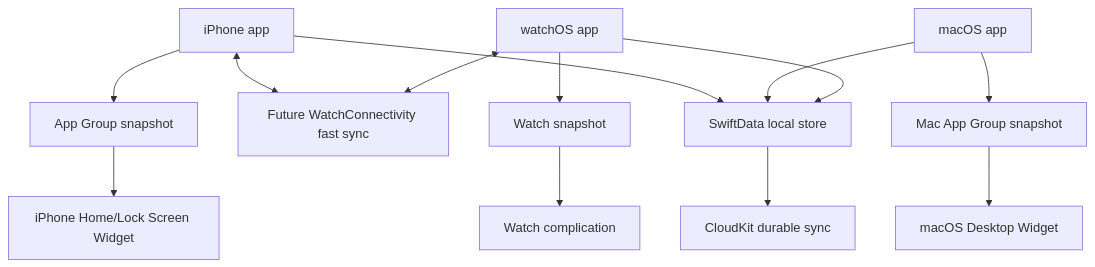
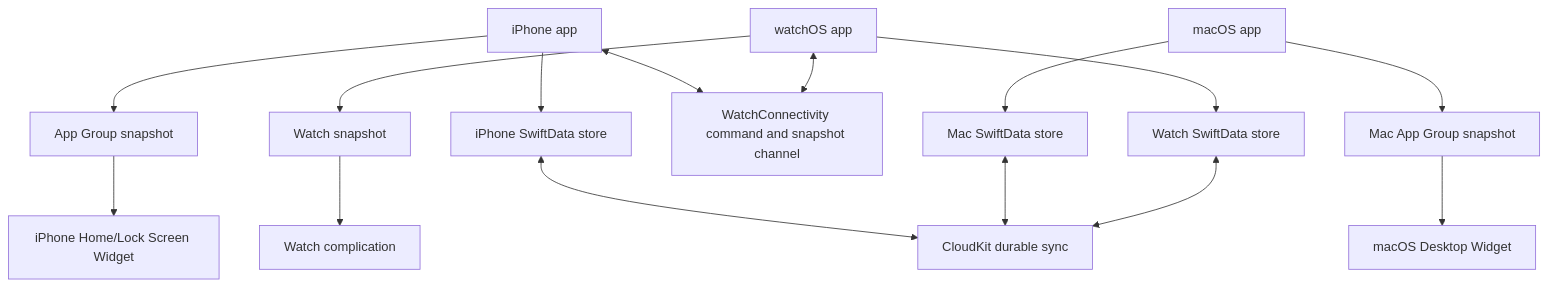
The diagram in docs/ARCHITECTURE.md (kangkshao-beep/HUST_WorkingTime), drawn with Mermaid before and after one commit. The commit also changed other lines of this file and 9 other files, not shown here.

````diff
--- a/docs/ARCHITECTURE.md
+++ b/docs/ARCHITECTURE.md
@@ -5,15 +5,17 @@
 ```mermaid
 flowchart TD
-    A[iPhone app] --> B[SwiftData local store]
-    C[macOS app] --> B
-    D[watchOS app] --> B
-    B --> E[CloudKit durable sync]
-    A <--> F[Future WatchConnectivity fast sync]
+    A[iPhone app] --> B[iPhone SwiftData store]
+    C[macOS app] --> M[Mac SwiftData store]
+    D[watchOS app] --> W[Watch SwiftData store]
+    B <--> E[CloudKit durable sync]
+    M <--> E
+    W <--> E
+    A <--> F[WatchConnectivity command and snapshot channel]
     D <--> F
     A --> G[App Group snapshot]
     C --> H[Mac App Group snapshot]
     D --> I[Watch snapshot]
     G --> J[iPhone Home/Lock Screen Widget]
     H --> K[macOS Desktop Widget]
     I --> L[Watch complication]
 ```
````
